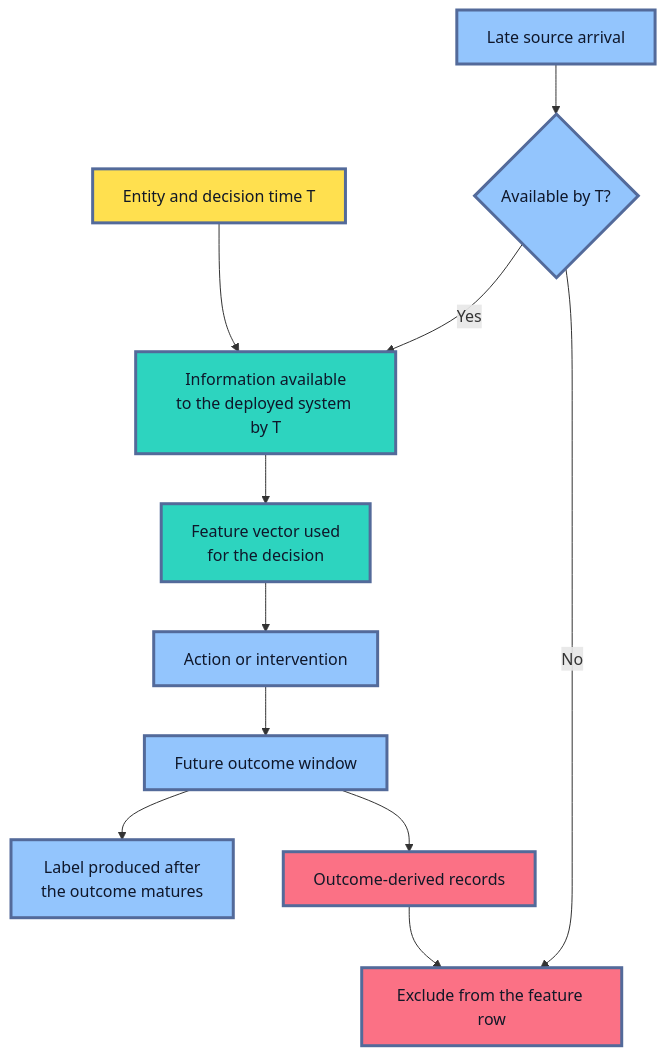
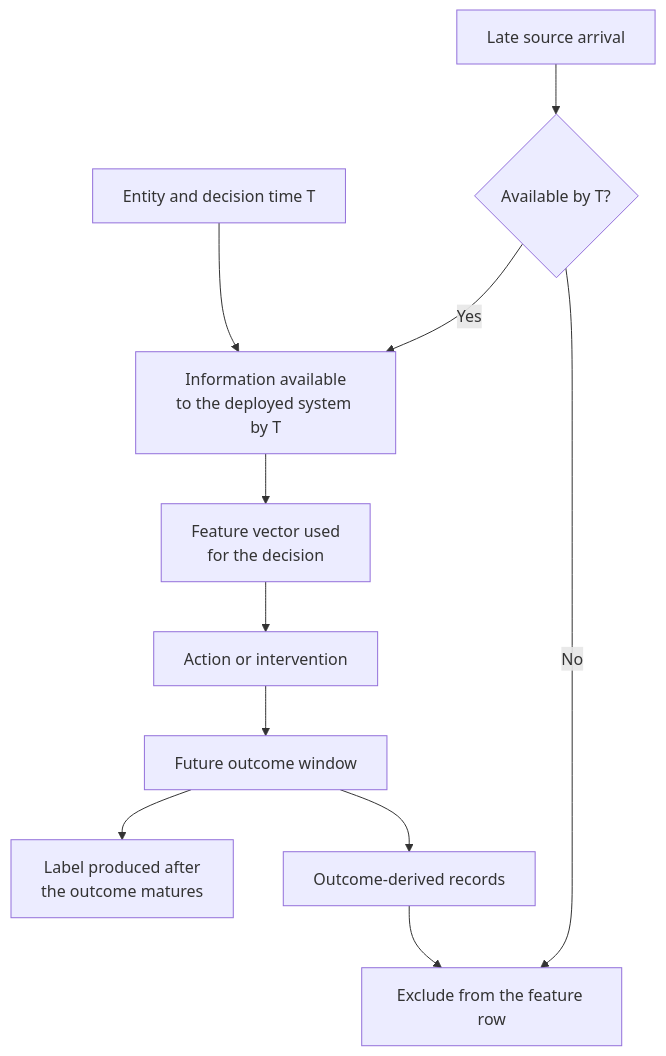
One commit to senlinyy/dev-roadmaps changed the first of 4 diagrams in roadmaps/mlops/modules/data-for-ml-systems/training-data-basics/03-data-leakage-explained.md. Above: the diagram before and after it, drawn with Mermaid. The commit also changed other lines of this file and 152 other files, not shown here.

Commit message:
feat: mlops and diagrams updated

````diff
--- a/roadmaps/mlops/modules/data-for-ml-systems/training-data-basics/03-data-leakage-explained.md
+++ b/roadmaps/mlops/modules/data-for-ml-systems/training-data-basics/03-data-leakage-explained.md
@@ -61,22 +61,18 @@
 ```mermaid
 flowchart TD
     A["Entity and decision time T"] --> B["Information available<br/>to the deployed system by T"]
     B --> C["Feature vector used<br/>for the decision"]
     C --> D["Action or intervention"]
     D --> E["Future outcome window"]
     E --> F["Label produced after<br/>the outcome matures"]
     G["Late source arrival"] --> H{"Available by T?"}
     H -->|"Yes"| B
     H -->|"No"| I["Exclude from the feature row"]
     E --> J["Outcome-derived records"]
     J --> I
 
-    classDef contract fill:#FFE04F,stroke:#536A9A,stroke-width:3px,color:#111827
-    classDef valid fill:#2DD4BF,stroke:#536A9A,stroke-width:3px,color:#0F172A
-    classDef future fill:#FB7185,stroke:#536A9A,stroke-width:3px,color:#111827
-    classDef work fill:#93C5FD,stroke:#536A9A,stroke-width:3px,color:#0F172A
     class A contract
     class B,C valid
     class D,E,F,G,H work
     class I,J future
 ```
````
